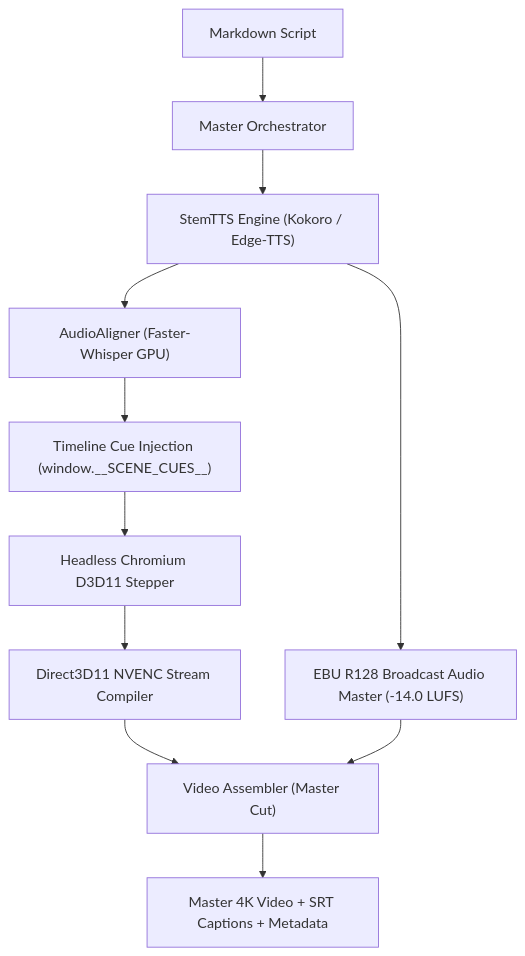
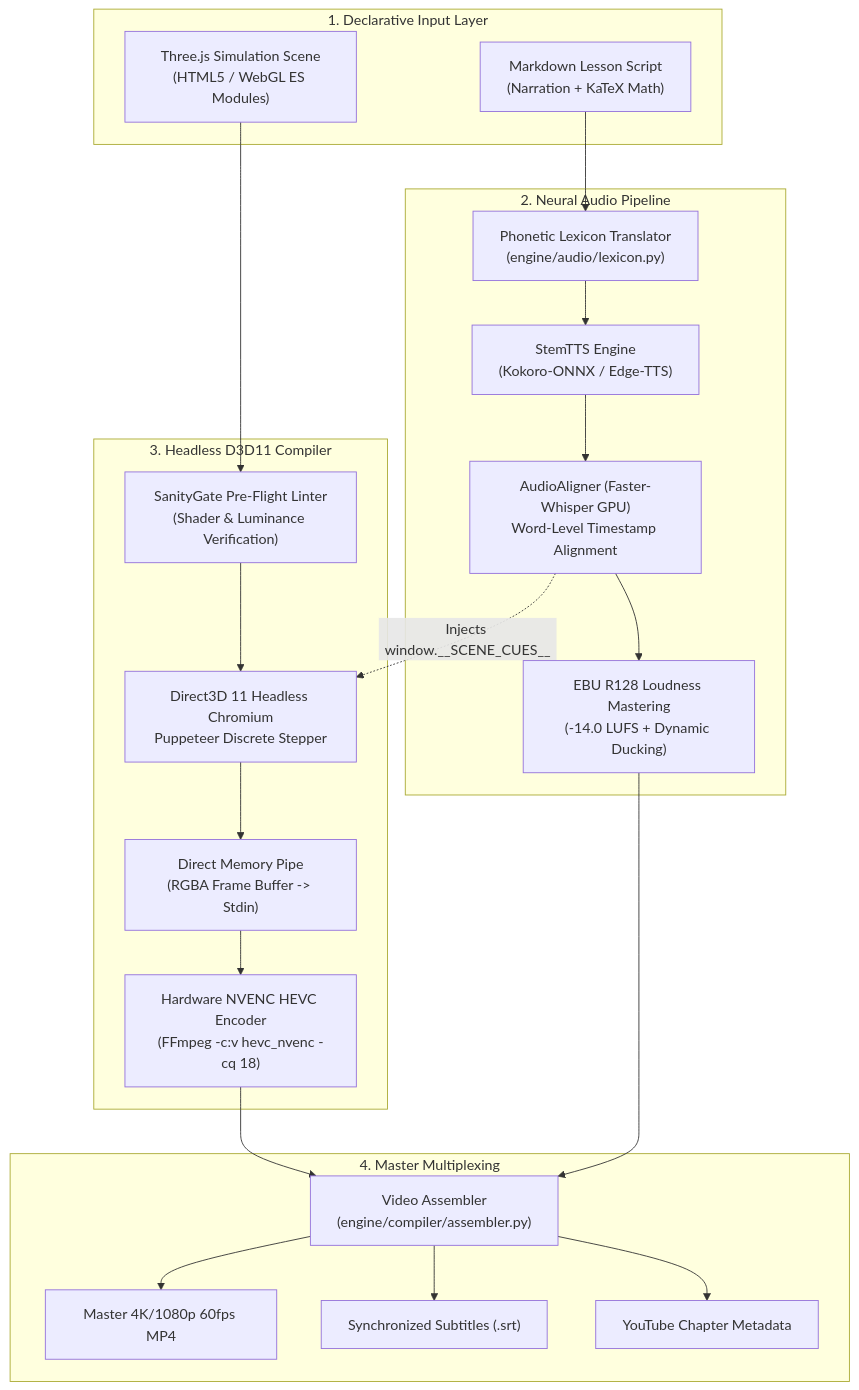
One commit to Minhaj009/IntuiSim changed the second of 2 diagrams in README.md. Above: the diagram before and after it, drawn with Mermaid. The commit also changed other lines of this file and 3 other files, not shown here.

Commit message:
docs: enrich README with visual GIF showcase, AI agent architecture, and crystal lattice demo

````diff
--- a/README.md
+++ b/README.md
@@ -12,13 +68,37 @@
 ```mermaid
 flowchart TD
-    A["Markdown Script"] --> B["Master Orchestrator"]
-    B --> C["StemTTS Engine (Kokoro / Edge-TTS)"]
-    C --> D["AudioAligner (Faster-Whisper GPU)"]
-    D --> E["Timeline Cue Injection (window.__SCENE_CUES__)"]
-    E --> F["Headless Chromium D3D11 Stepper"]
-    F --> G["Direct3D11 NVENC Stream Compiler"]
-    C --> H["EBU R128 Broadcast Audio Master (-14.0 LUFS)"]
-    G --> I["Video Assembler (Master Cut)"]
-    H --> I
-    I --> J["Master 4K Video + SRT Captions + Metadata"]
+    subgraph Input ["1. Declarative Input Layer"]
+        A["Markdown Lesson Script<br/>(Narration + KaTeX Math)"]
+        B["Three.js Simulation Scene<br/>(HTML5 / WebGL ES Modules)"]
+    end
+
+    subgraph AudioEngine ["2. Neural Audio Pipeline"]
+        C["StemTTS Engine<br/>(Kokoro-ONNX / Edge-TTS)"]
+        D["Phonetic Lexicon Translator<br/>(engine/audio/lexicon.py)"]
+        E["AudioAligner (Faster-Whisper GPU)<br/>Word-Level Timestamp Alignment"]
+        F["EBU R128 Loudness Mastering<br/>(-14.0 LUFS + Dynamic Ducking)"]
+    end
+
+    subgraph RenderEngine ["3. Headless D3D11 Compiler"]
+        G["Direct3D 11 Headless Chromium<br/>Puppeteer Discrete Stepper"]
+        H["SanityGate Pre-Flight Linter<br/>(Shader & Luminance Verification)"]
+        I["Direct Memory Pipe<br/>(RGBA Frame Buffer -> Stdin)"]
+        J["Hardware NVENC HEVC Encoder<br/>(FFmpeg -c:v hevc_nvenc -cq 18)"]
+    end
+
+    subgraph Assembly ["4. Master Multiplexing"]
+        K["Video Assembler<br/>(engine/compiler/assembler.py)"]
+        L["Master 4K/1080p 60fps MP4"]
+        M["Synchronized Subtitles (.srt)"]
+        N["YouTube Chapter Metadata"]
+    end
+
+    A --> D --> C --> E --> F
+    E -. "Injects window.__SCENE_CUES__" .-> G
+    B --> H --> G --> I --> J
+    J --> K
+    F --> K
+    K --> L
+    K --> M
+    K --> N
 ```
````
